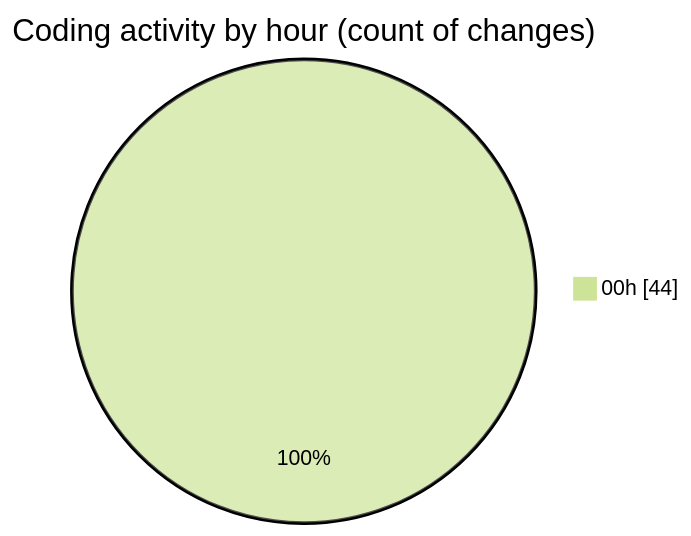
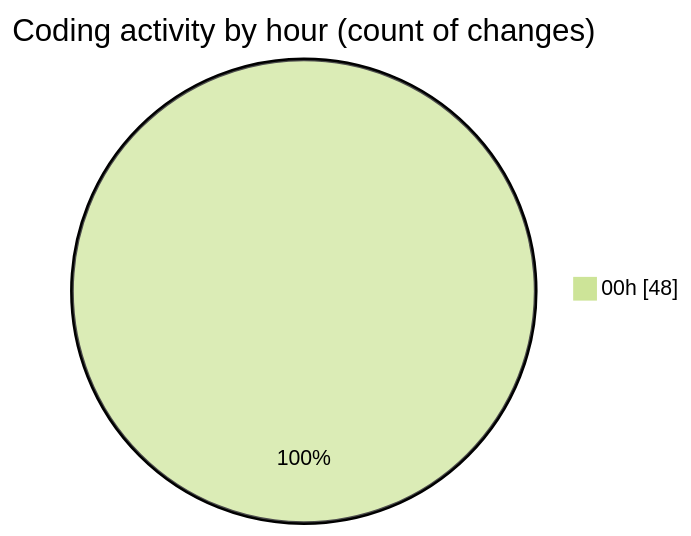
Before and after one commit to lephambinh05/code-tracking: the second of 2 diagrams in 2025-08-16/rentotp/README.md, drawn with Mermaid (forest theme). The commit also changed other lines of this file and 1 other file, not shown here.

````diff
--- a/2025-08-16/rentotp/README.md
+++ b/2025-08-16/rentotp/README.md
@@ -42,5 +42,5 @@
 ```mermaid
 pie showData
 title Coding activity by hour (count of changes)
-"00h" : 44
+"00h" : 48
 ```
````
